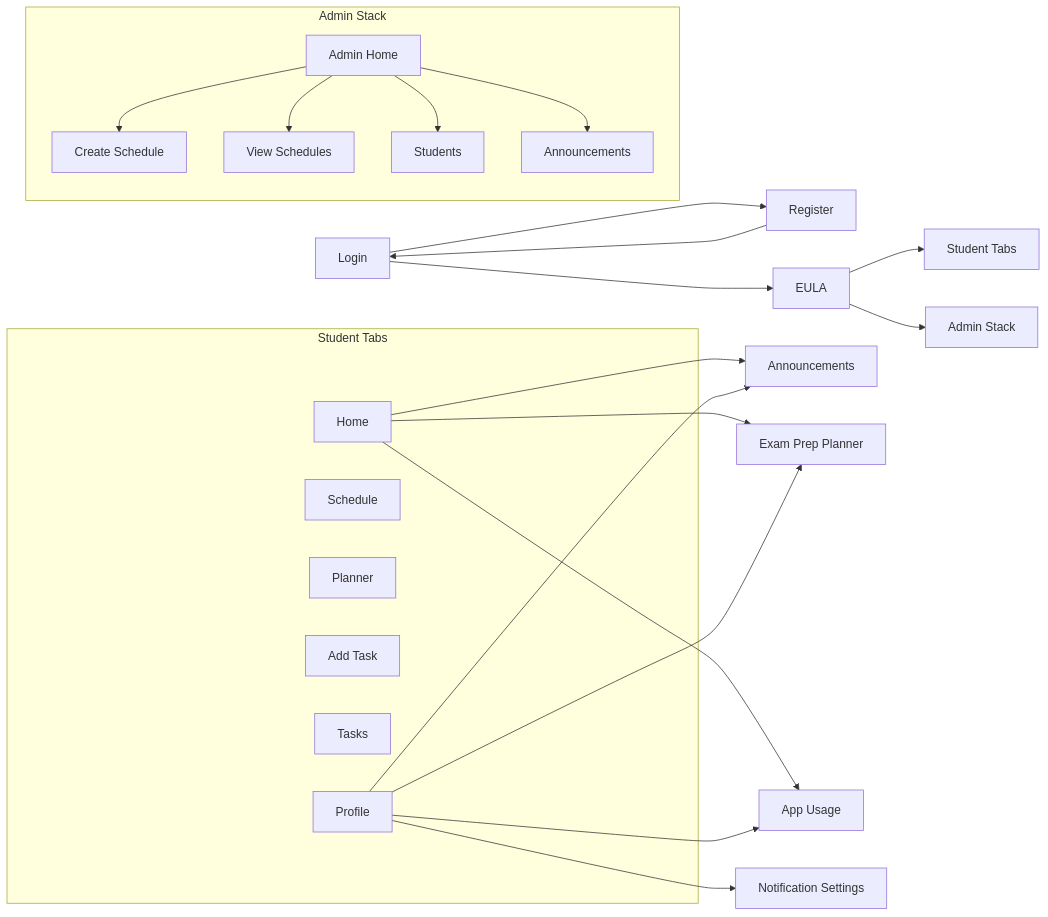
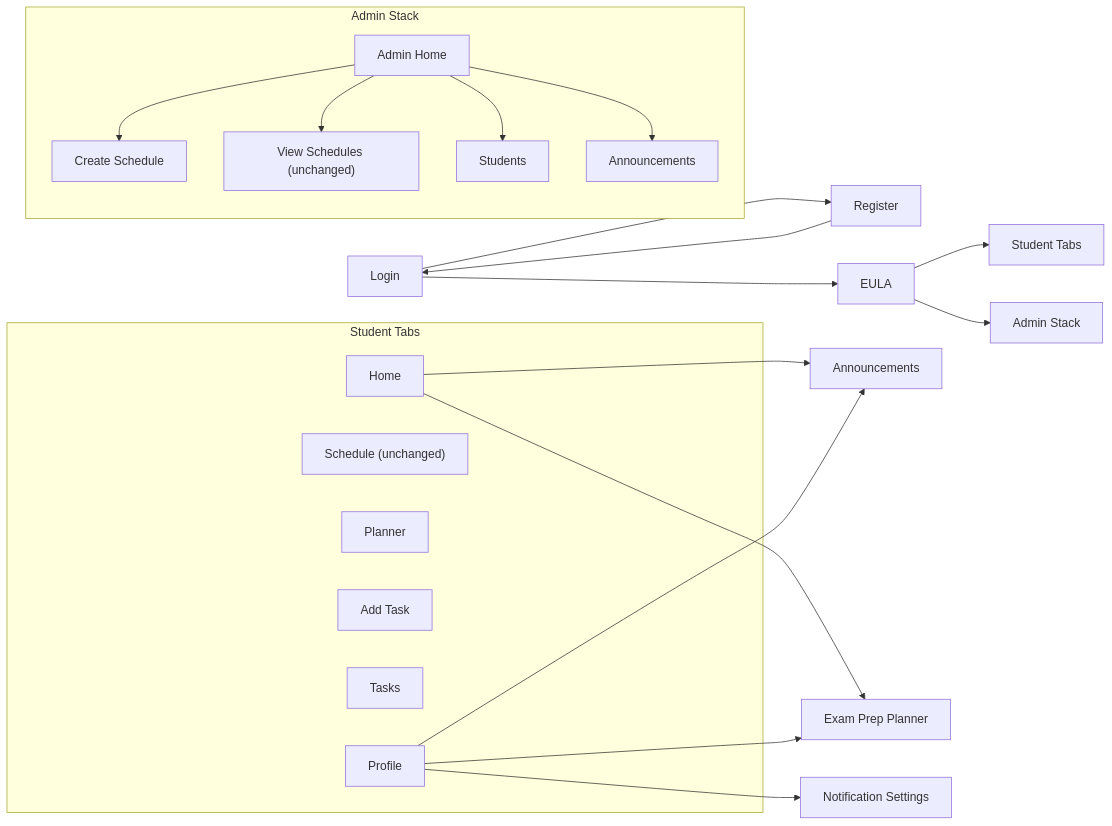
The third of 3 diagrams in docs/System-Design.md (markkevinjayson394-bit/Taskk), drawn with Mermaid before and after one commit. The commit also changed other lines of this file and 250 other files, not shown here.

First line of the commit message:
feat: major refactor — new screen architecture, notification system fixes, test suite

````diff
--- a/docs/System-Design.md
+++ b/docs/System-Design.md
@@ -92,38 +91,36 @@
 ```mermaid
 flowchart LR
   Login["Login"] --> Register["Register"]
   Login --> EULA["EULA"]
   Register --> Login
   EULA --> StudentTabs["Student Tabs"]
   EULA --> AdminStack["Admin Stack"]
 
   subgraph "Student Tabs"
     Home["Home"]
-    Schedule["Schedule"]
+    Schedule["Schedule (unchanged)"]
     Planner["Planner"]
     AddTask["Add Task"]
     Tasks["Tasks"]
     Profile["Profile"]
   end
 
   Home --> Announcements["Announcements"]
   Home --> ExamPrep["Exam Prep Planner"]
-  Home --> AppUsage["App Usage"]
   Profile --> Notifications["Notification Settings"]
   Profile --> Announcements
   Profile --> ExamPrep
-  Profile --> AppUsage
 
   subgraph "Admin Stack"
     AdminHome["Admin Home"]
     CreateSchedule["Create Schedule"]
-    ViewSchedules["View Schedules"]
+    ViewSchedules["View Schedules (unchanged)"]
     Students["Students"]
     AdminAnnouncements["Announcements"]
   end
 
   AdminHome --> CreateSchedule
   AdminHome --> ViewSchedules
   AdminHome --> Students
   AdminHome --> AdminAnnouncements
 ```
````
